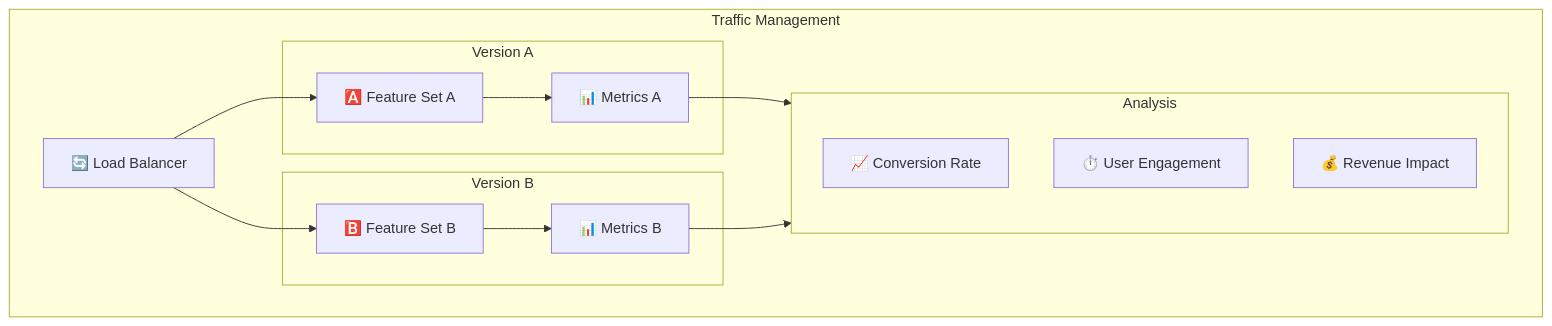
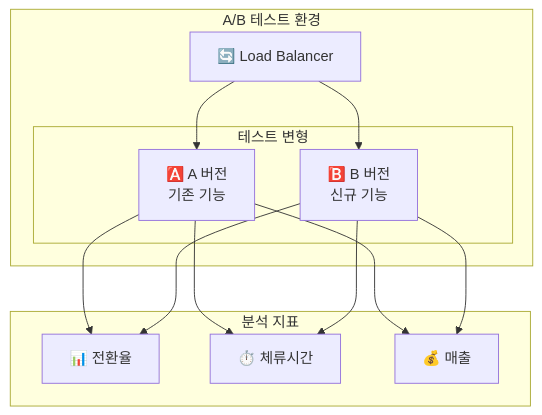
Before and after one commit to zinisuni/aiadd: diagram 22 of 22 in docs/mermaid.md, drawn with Mermaid. The commit also changed other lines of this file, not shown here.

First line of the commit message:
docs: Mermaid 다이어그램 업데이트 및 배포 전략 개선

````diff
--- a/docs/mermaid.md
+++ b/docs/mermaid.md
@@ -518,29 +501,21 @@
 ```mermaid
 flowchart TB
-    subgraph "Traffic Management"
+    subgraph Test["A/B 테스트 환경"]
         LB["🔄 Load Balancer"]
+        subgraph Variants["테스트 변형"]
+            A["🅰️ A 버전<br/>기존 기능"]
+            B["🅱️ B 버전<br/>신규 기능"]
+        end
+    end
 
-        subgraph "Version A"
-            A1["🅰️ Feature Set A"]
-            A2["📊 Metrics A"]
-        end
+    subgraph Metrics["분석 지표"]
+        M1["📊 전환율"]
+        M2["⏱️ 체류시간"]
+        M3["💰 매출"]
+    end
 
-        subgraph "Version B"
-            B1["🅱️ Feature Set B"]
-            B2["📊 Metrics B"]
-        end
-
-        subgraph "Analysis"
-            M1["📈 Conversion Rate"]
-            M2["⏱️ User Engagement"]
-            M3["💰 Revenue Impact"]
-        end
-
-        LB --> A1
-        LB --> B1
-        A1 --> A2
-        B1 --> B2
-        A2 --> Analysis
-        B2 --> Analysis
-    end
+    LB --> A
+    LB --> B
+    A --> M1 & M2 & M3
+    B --> M1 & M2 & M3
 ```
````
